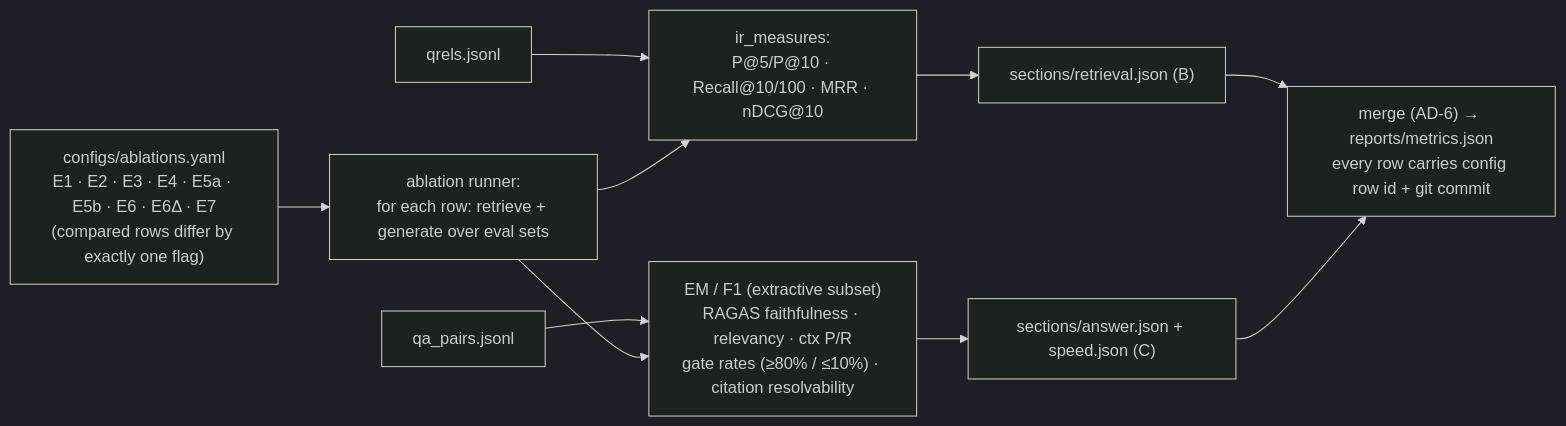
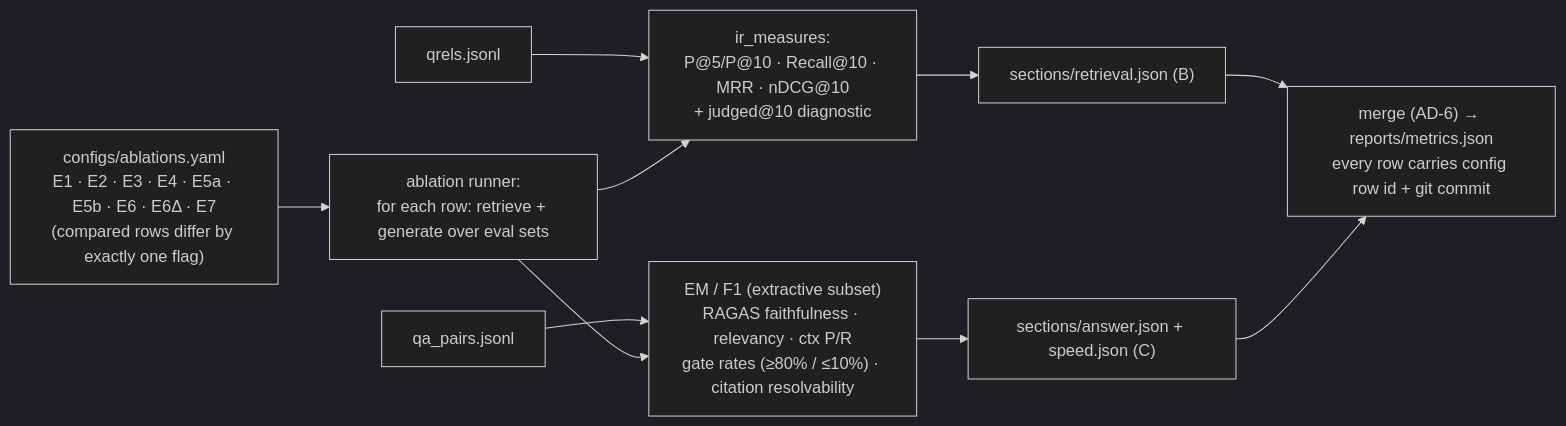
One commit to kieusontungwork-oss/NLPProject changed the sixth of 6 diagrams in docs/architecture/system-architecture.md. Above: the diagram before and after it, drawn with Mermaid (dark theme). The commit also changed other lines of this file and 11 other files, not shown here.

````diff
--- a/docs/architecture/system-architecture.md
+++ b/docs/architecture/system-architecture.md
@@ -191,12 +192,12 @@
 ```mermaid
 flowchart LR
     CFG["configs/ablations.yaml<br/>E1 · E2 · E3 · E4 · E5a · E5b · E6 · E6Δ · E7<br/>(compared rows differ by exactly one flag)"] --> RUN["ablation runner:<br/>for each row: retrieve + generate over eval sets"]
-    QRELS["qrels.jsonl"] --> RET["ir_measures:<br/>P@5/P@10 · Recall@10/100 · MRR · nDCG@10"]
+    QRELS["qrels.jsonl"] --> RET["ir_measures:<br/>P@5/P@10 · Recall@10 · MRR · nDCG@10<br/>+ judged@10 diagnostic"]
     QA["qa_pairs.jsonl"] --> ANS["EM / F1 (extractive subset)<br/>RAGAS faithfulness · relevancy · ctx P/R<br/>gate rates (≥80% / ≤10%) · citation resolvability"]
     RUN --> RET
     RUN --> ANS
     RET --> SECT1["sections/retrieval.json (B)"]
     ANS --> SECT2["sections/answer.json + speed.json (C)"]
     SECT1 --> MERGE["merge (AD-6) → reports/metrics.json<br/>every row carries config row id + git commit"]
     SECT2 --> MERGE
 ```
````
